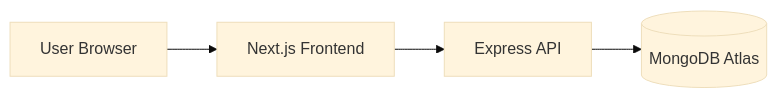
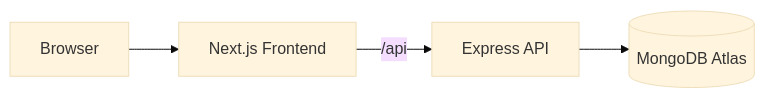
Before and after one commit to SRIXENO/Smart-performance-dashboard: the diagram in ARCHITECTURE.md, drawn with Mermaid (base theme). The commit also changed other lines of this file and 10 other files, not shown here.

````diff
--- a/ARCHITECTURE.md
+++ b/ARCHITECTURE.md
@@ -34,6 +9,6 @@
 ```mermaid
 flowchart LR
-  U[User Browser] --> FE[Next.js Frontend]
-  FE --> API[Express API]
-  API --> DB[(MongoDB Atlas)]
+  U[Browser] --> FE[Next.js Frontend]
+  FE -->|/api| BE[Express API]
+  BE --> DB[(MongoDB Atlas)]
 ```
````
